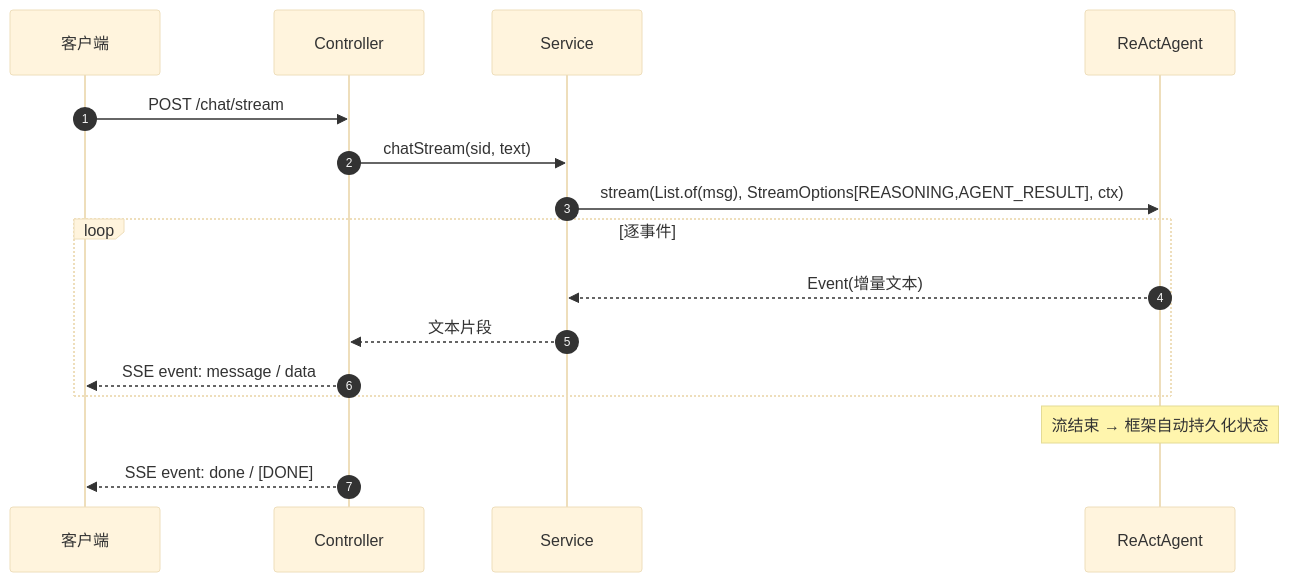
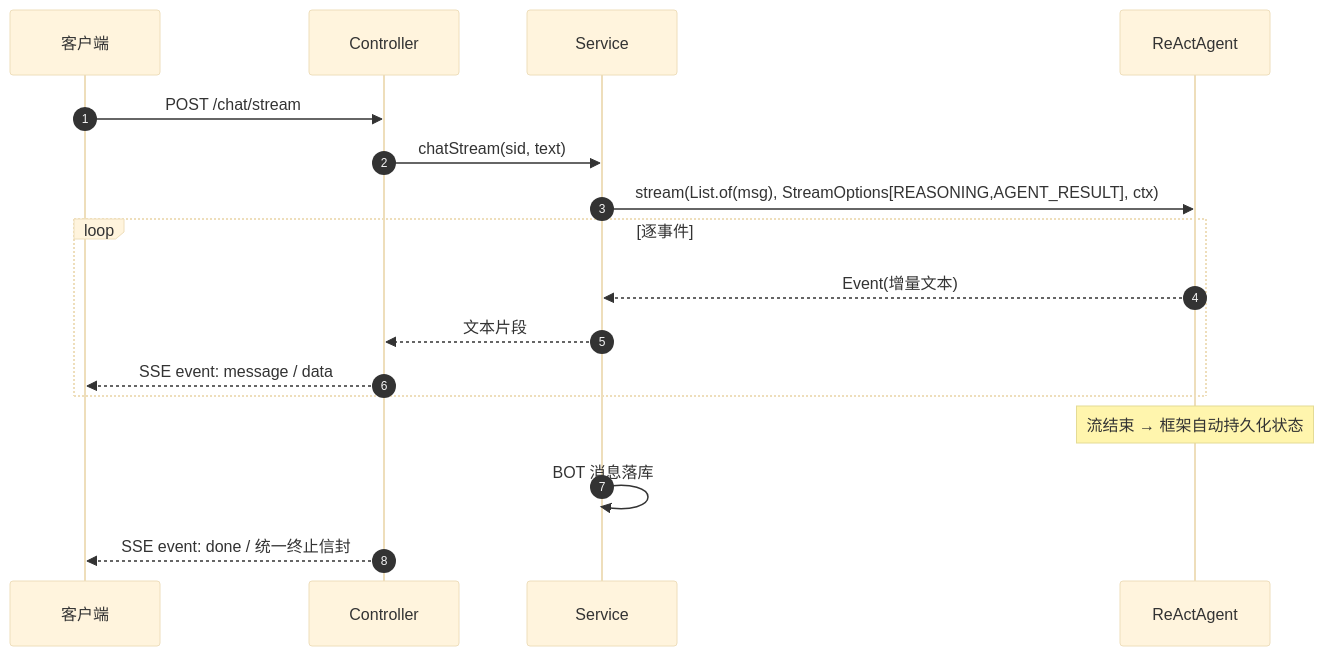
One commit to liulangjietou/customer_work changed the tenth of 33 diagrams in docs/详细技术文档.md. Above: the diagram before and after it, drawn with Mermaid (base theme). The commit also changed other lines of this file and 697 other files, not shown here.

````diff
--- a/docs/详细技术文档.md
+++ b/docs/详细技术文档.md
@@ -423,18 +423,19 @@
 ```mermaid
 sequenceDiagram
     autonumber
     participant C as 客户端
     participant Ctrl as Controller
     participant Svc as Service
     participant Ag as ReActAgent
     C->>Ctrl: POST /chat/stream
     Ctrl->>Svc: chatStream(sid, text)
     Svc->>Ag: stream(List.of(msg), StreamOptions[REASONING,AGENT_RESULT], ctx)
     loop 逐事件
         Ag-->>Svc: Event(增量文本)
         Svc-->>Ctrl: 文本片段
         Ctrl-->>C: SSE event: message / data
     end
     Note over Ag: 流结束 → 框架自动持久化状态
-    Ctrl-->>C: SSE event: done / [DONE]
+    Svc->>Svc: BOT 消息落库
+    Ctrl-->>C: SSE event: done / 统一终止信封
 ```
````
